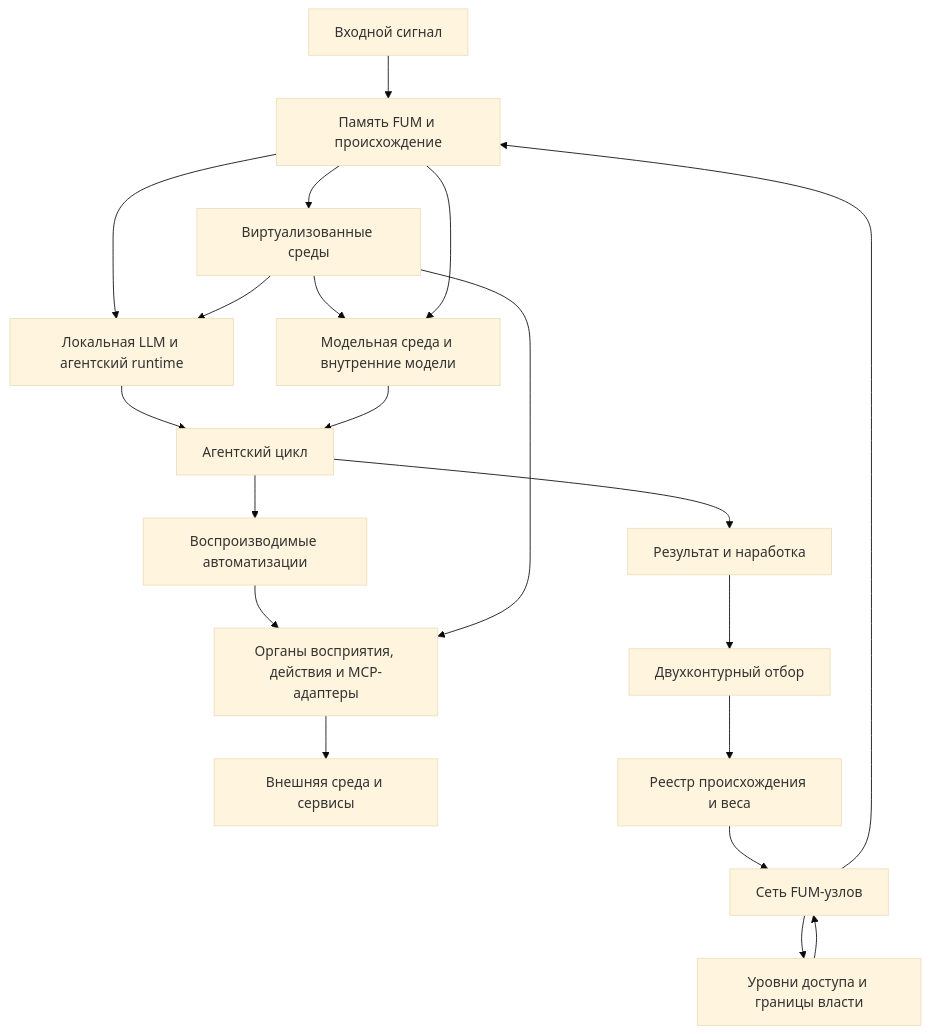
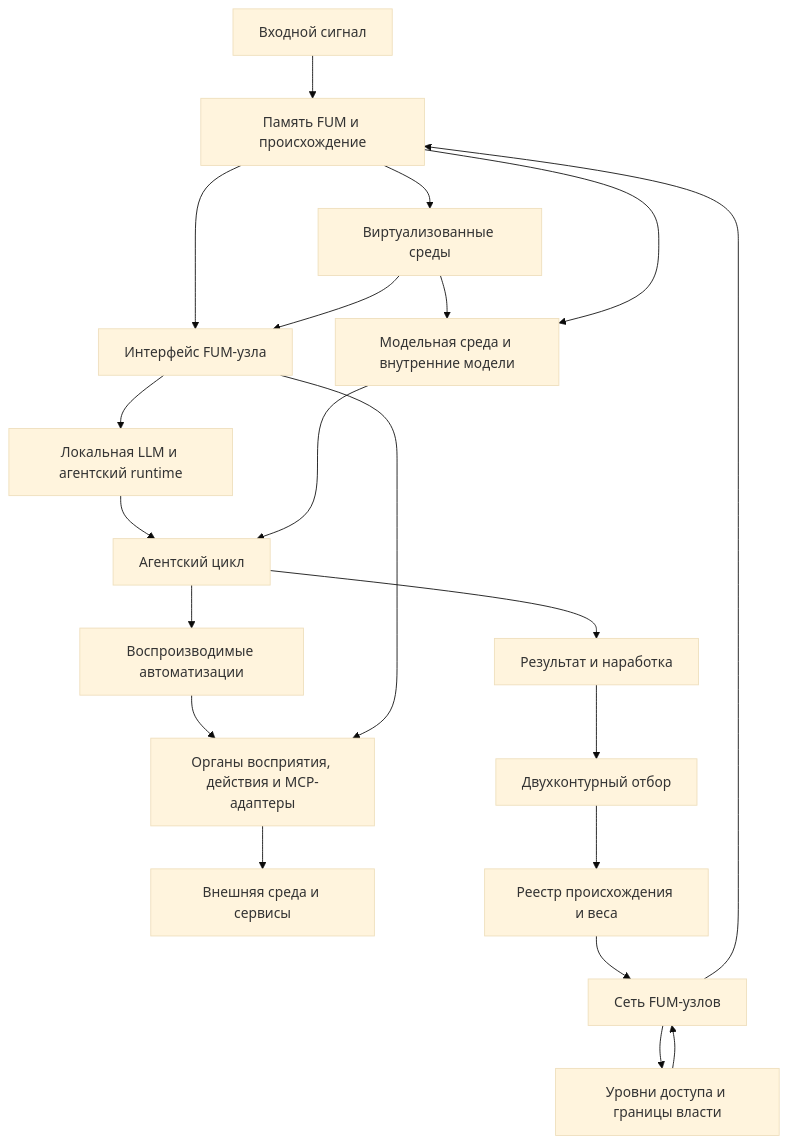
One commit to fum-lab/fum changed the diagram in Документация/22-архитектура-FUM.md. Above: the diagram before and after it, drawn with Mermaid (base theme). The commit also changed other lines of this file and 16 other files, not shown here.

First line of the commit message:
Закрепить интерфейс FUM-узла

````diff
--- a/Документация/22-архитектура-FUM.md
+++ b/Документация/22-архитектура-FUM.md
@@ -45,22 +48,23 @@
 ```mermaid
 flowchart TD
     input["Входной сигнал"] --> memory["Память FUM и происхождение"]
-    memory --> local_runtime["Локальная LLM и агентский runtime"]
+    memory --> node_interface["Интерфейс FUM-узла"]
+    node_interface --> local_runtime["Локальная LLM и агентский runtime"]
     local_runtime --> cycle["Агентский цикл"]
     cycle --> automations["Воспроизводимые автоматизации"]
     automations --> adapters["Органы восприятия, действия и MCP-адаптеры"]
     adapters --> world["Внешняя среда и сервисы"]
     memory --> virtual["Виртуализованные среды"]
-    virtual --> local_runtime
-    virtual --> adapters
+    virtual --> node_interface
+    node_interface --> adapters
     virtual --> model
     memory --> model["Модельная среда и внутренние модели"]
     model --> cycle
     cycle --> result["Результат и наработка"]
     result --> selection["Двухконтурный отбор"]
     selection --> registry["Реестр происхождения и веса"]
     registry --> network["Сеть FUM-узлов"]
     network --> memory
     network --> access["Уровни доступа и границы власти"]
     access --> network
 ```
````
